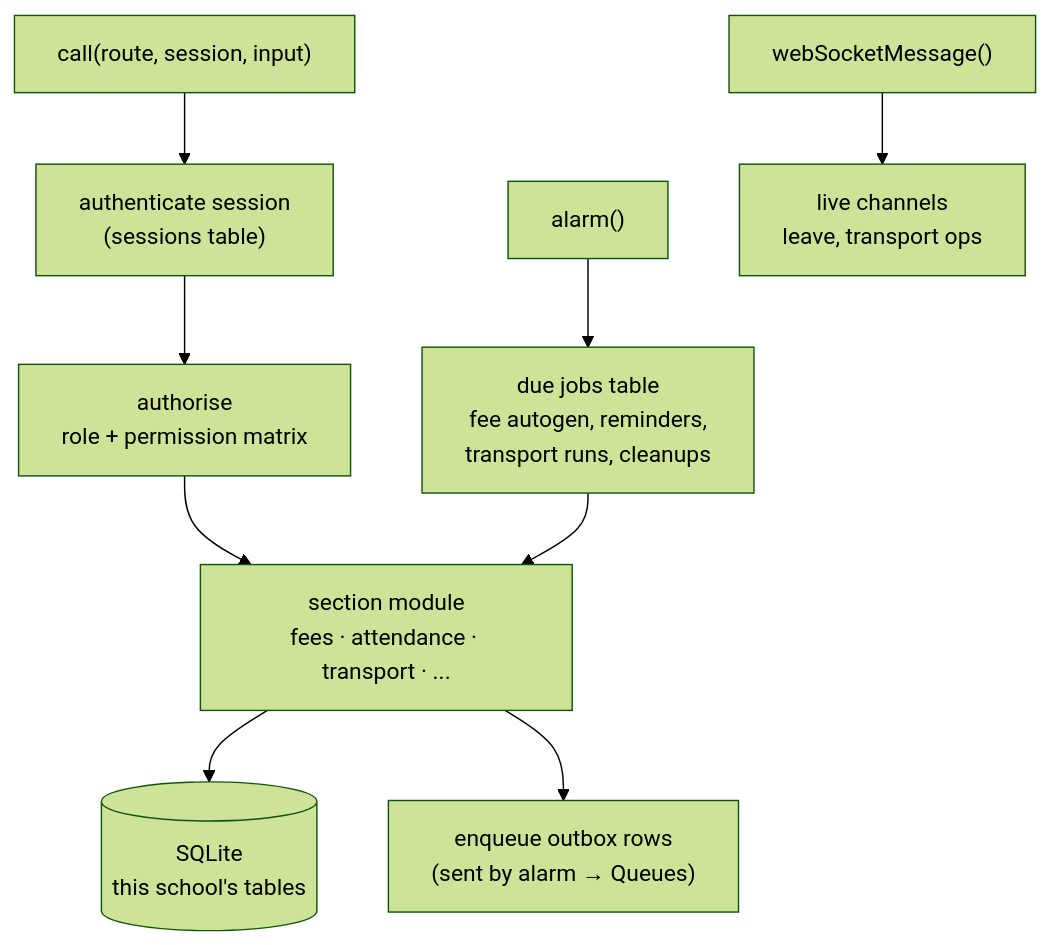
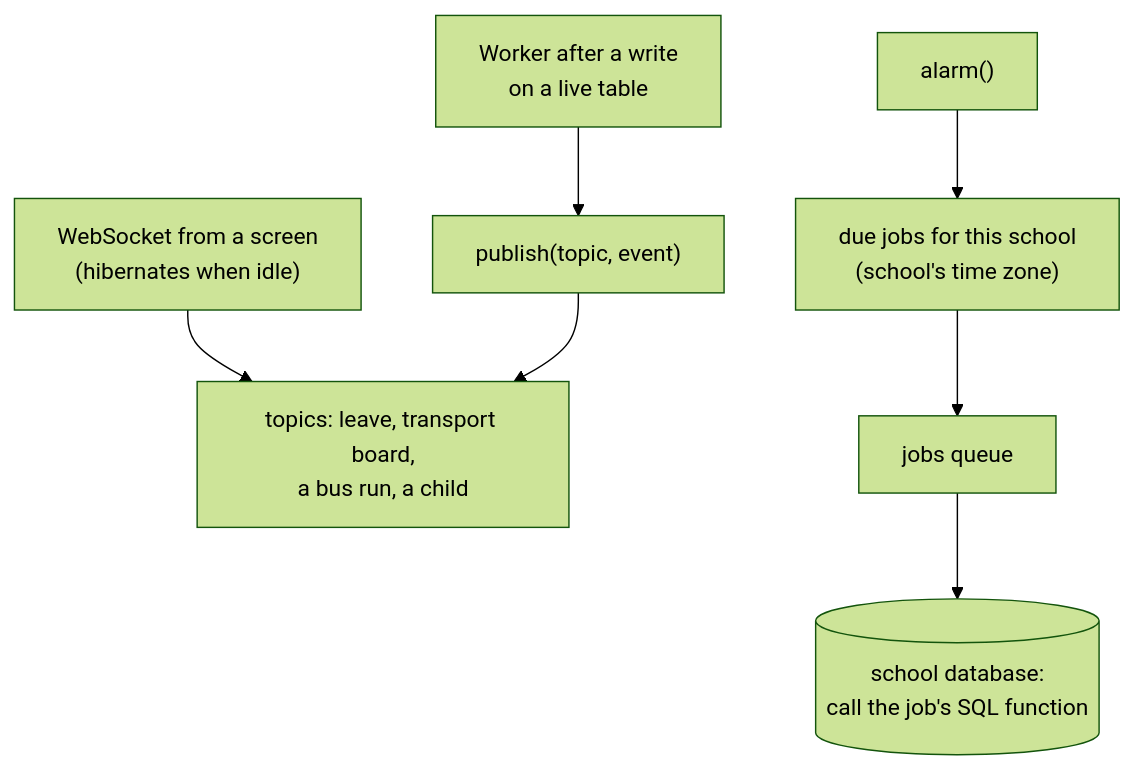
Before and after one commit to Arran0/EduBerry_2026: the second of 2 diagrams in docs/cloudflare-rebuild/10-target-architecture.md, drawn with Mermaid (forest theme). The commit also changed other lines of this file and 3 other files, not shown here.

First line of the commit message:
Rebuild docs: choose Neon Postgres per school; rewrite options, cost study and target architecture

````diff
--- a/docs/cloudflare-rebuild/10-target-architecture.md
+++ b/docs/cloudflare-rebuild/10-target-architecture.md
@@ -102,11 +116,8 @@
 ```mermaid
 flowchart TB
-  call["call(route, session, input)"] --> auth["authenticate session<br/>(sessions table)"]
-  auth --> perm["authorise<br/>role + permission matrix"]
-  perm --> mod["section module<br/>fees · attendance · transport · ..."]
-  mod --> sql[("SQLite<br/>this school's tables")]
-  mod --> outq["enqueue outbox rows<br/>(sent by alarm → Queues)"]
-  alarm["alarm()"] --> sched["due jobs table<br/>fee autogen, reminders,<br/>transport runs, cleanups"]
-  sched --> mod
-  ws["webSocketMessage()"] --> live["live channels<br/>leave, transport ops"]
+  ws["WebSocket from a screen<br/>(hibernates when idle)"] --> topics["topics: leave, transport board,<br/>a bus run, a child"]
+  worker["Worker after a write<br/>on a live table"] --> publish["publish(topic, event)"]
+  publish --> topics
+  alarm["alarm()"] --> due["due jobs for this school<br/>(school's time zone)"]
+  due --> jobs["jobs queue"] --> db[("school database:<br/>call the job's SQL function")]
 ```
````
